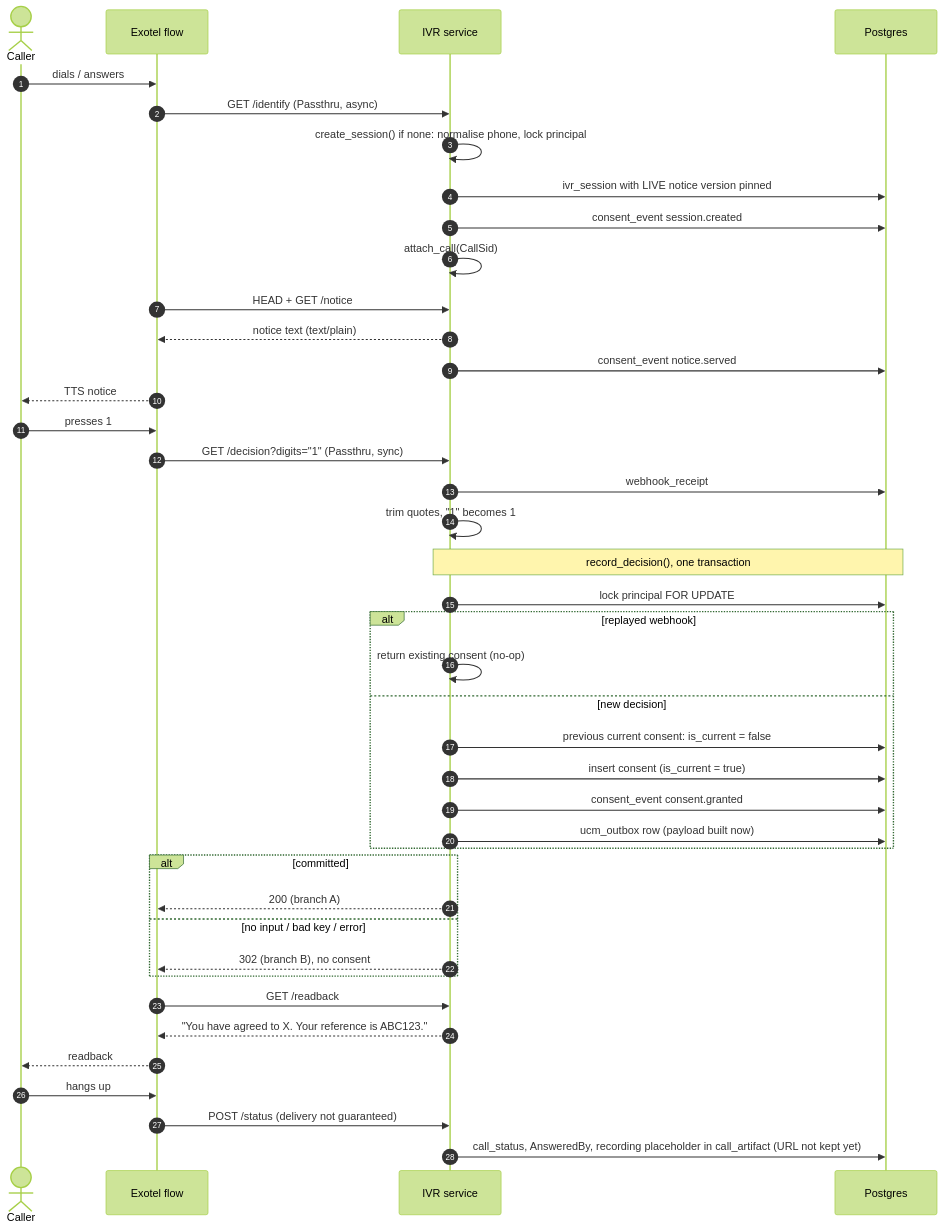
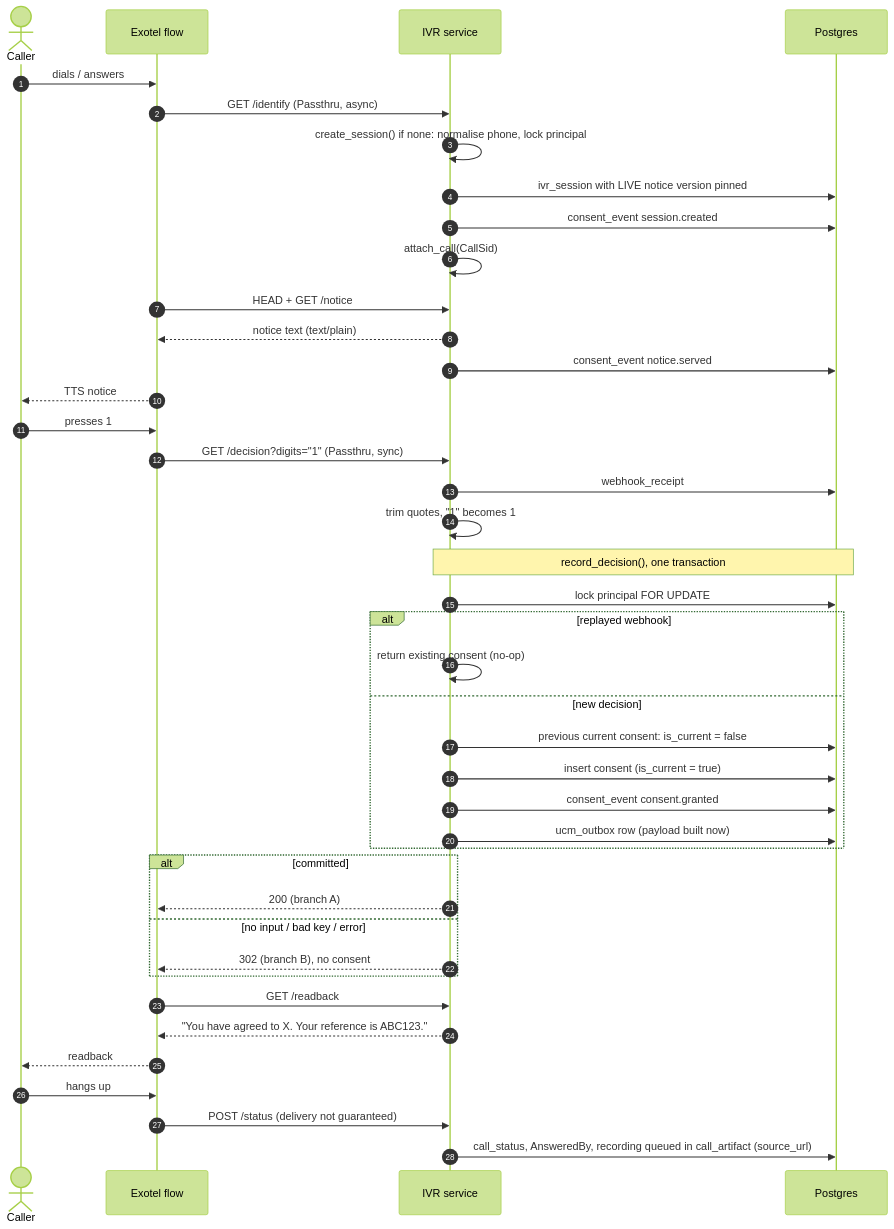
Before and after one commit to ajitbubu/IVR-consent-collection: the second of 8 diagrams in doc/architecture.md, drawn with Mermaid (forest theme). The commit also changed other lines of this file and 2 other files, not shown here.

First line of the commit message:
docs: Sprinklr OAuth setup, local Sprinklr test, architecture (task 6)

````diff
--- a/doc/architecture.md
+++ b/doc/architecture.md
@@ -66,44 +80,44 @@
 ```mermaid
 sequenceDiagram
     autonumber
     actor C as Caller
     participant X as Exotel flow
     participant S as IVR service
     participant DB as Postgres
 
     C->>X: dials / answers
     X->>S: GET /identify (Passthru, async)
     S->>S: create_session() if none: normalise phone, lock principal
     S->>DB: ivr_session with LIVE notice version pinned
     S->>DB: consent_event session.created
     S->>S: attach_call(CallSid)
     X->>S: HEAD + GET /notice
     S-->>X: notice text (text/plain)
     S->>DB: consent_event notice.served
     X-->>C: TTS notice
     C->>X: presses 1
     X->>S: GET /decision?digits="1" (Passthru, sync)
     S->>DB: webhook_receipt
     S->>S: trim quotes, "1" becomes 1
     Note over S,DB: record_decision(), one transaction
     S->>DB: lock principal FOR UPDATE
     alt replayed webhook
         S->>S: return existing consent (no-op)
     else new decision
         S->>DB: previous current consent: is_current = false
         S->>DB: insert consent (is_current = true)
         S->>DB: consent_event consent.granted
         S->>DB: ucm_outbox row (payload built now)
     end
     alt committed
         S-->>X: 200 (branch A)
     else no input / bad key / error
         S-->>X: 302 (branch B), no consent
     end
     X->>S: GET /readback
     S-->>X: "You have agreed to X. Your reference is ABC123."
     X-->>C: readback
     C->>X: hangs up
     X->>S: POST /status (delivery not guaranteed)
-    S->>DB: call_status, AnsweredBy, recording placeholder in call_artifact (URL not kept yet)
+    S->>DB: call_status, AnsweredBy, recording queued in call_artifact (source_url)
 ```
````
